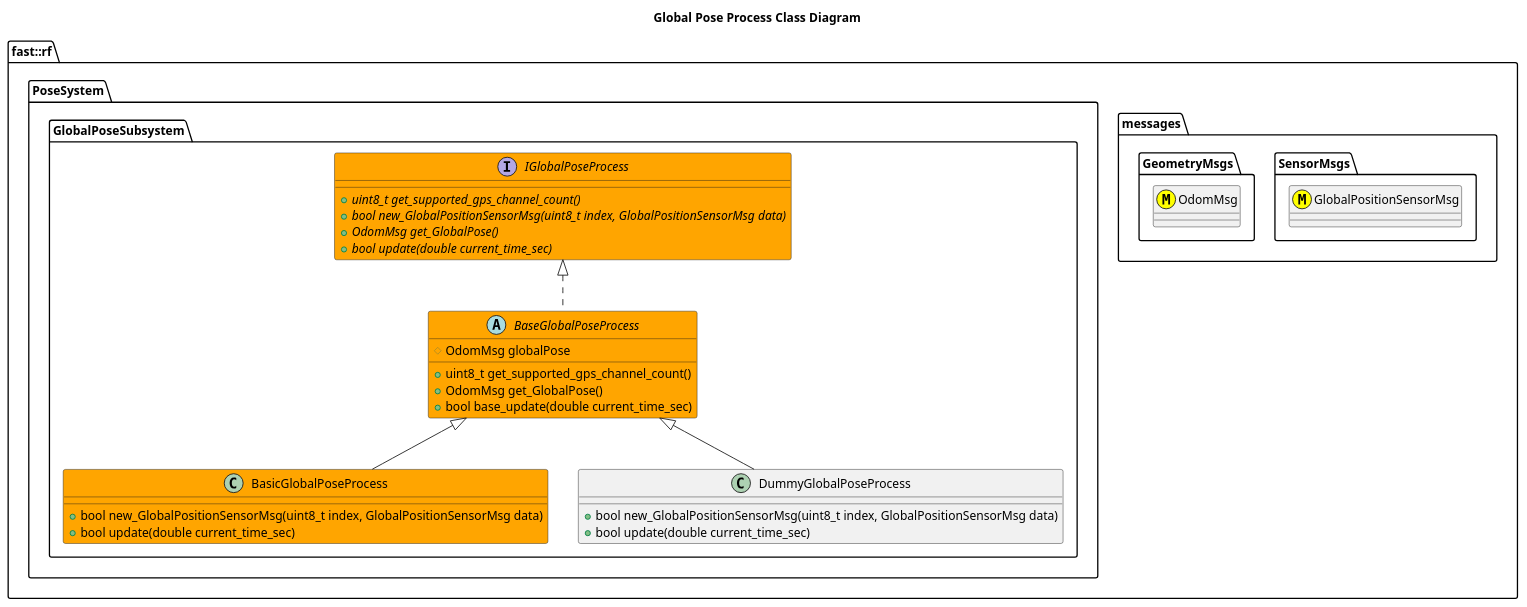
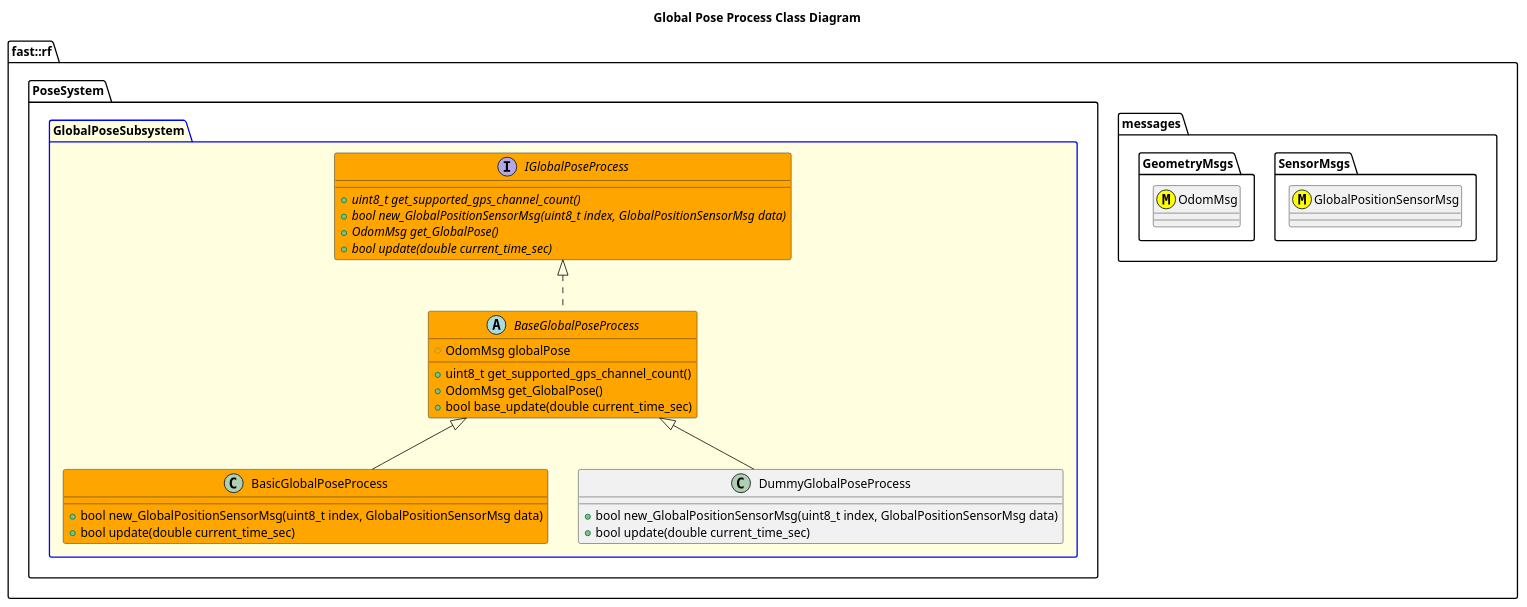
One commit to fastrobotics/robot_framework changed the diagram in Systems/Pose/Subsystems/GlobalPoseSubsystem/Processes/GlobalPoseProcess/doc/puml/GlobalPoseProcessClassDiagram.puml. Above: the diagram before and after it, drawn with PlantUML. The commit also changed 53 other files, not shown here.

```diff
--- a/Systems/Pose/Subsystems/GlobalPoseSubsystem/Processes/GlobalPoseProcess/doc/puml/GlobalPoseProcessClassDiagram.puml
+++ b/Systems/Pose/Subsystems/GlobalPoseSubsystem/Processes/GlobalPoseProcess/doc/puml/GlobalPoseProcessClassDiagram.puml
@@ -1,42 +1,42 @@
 @startuml
 title Global Pose Process Class Diagram
 
 namespace fast::rf {
   namespace messages {
     namespace SensorMsgs {
       class GlobalPositionSensorMsg <<(M,#FFFF00)>>
     }
     namespace GeometryMsgs {
       class OdomMsg <<(M,#FFFF00)>>
     }
   }
   namespace PoseSystem {
-    namespace GlobalPoseSubsystem {
-        interface IGlobalPoseProcess #Orange {
-          +{abstract} uint8_t get_supported_gps_channel_count()
-          +{abstract} bool new_GlobalPositionSensorMsg(uint8_t index, GlobalPositionSensorMsg data)
-          +{abstract} OdomMsg get_GlobalPose()
-          +{abstract} bool update(double current_time_sec)
-        }
-        abstract BaseGlobalPoseProcess #Orange {
-          +uint8_t get_supported_gps_channel_count()
-          +OdomMsg get_GlobalPose()
-          +bool base_update(double current_time_sec)
-          #OdomMsg globalPose
+    package GlobalPoseSubsystem #LightYellow;line:blue {
+      interface IGlobalPoseProcess #Orange {
+        +{abstract} uint8_t get_supported_gps_channel_count()
+        +{abstract} bool new_GlobalPositionSensorMsg(uint8_t index, GlobalPositionSensorMsg data)
+        +{abstract} OdomMsg get_GlobalPose()
+        +{abstract} bool update(double current_time_sec)
+      }
+      abstract BaseGlobalPoseProcess #Orange {
+        +uint8_t get_supported_gps_channel_count()
+        +OdomMsg get_GlobalPose()
+        +bool base_update(double current_time_sec)
+        #OdomMsg globalPose
 
-        }
-        BaseGlobalPoseProcess .up.|> IGlobalPoseProcess
-        class BasicGlobalPoseProcess #Orange {
-          +bool new_GlobalPositionSensorMsg(uint8_t index, GlobalPositionSensorMsg data)
-          +bool update(double current_time_sec)
-        }
-        BasicGlobalPoseProcess -up-|> BaseGlobalPoseProcess
-        class DummyGlobalPoseProcess {
-          +bool new_GlobalPositionSensorMsg(uint8_t index, GlobalPositionSensorMsg data)
-          +bool update(double current_time_sec)
-        }
-        DummyGlobalPoseProcess -up-|> BaseGlobalPoseProcess
+      }
+      BaseGlobalPoseProcess .up.|> IGlobalPoseProcess
+      class BasicGlobalPoseProcess #Orange {
+        +bool new_GlobalPositionSensorMsg(uint8_t index, GlobalPositionSensorMsg data)
+        +bool update(double current_time_sec)
+      }
+      BasicGlobalPoseProcess -up-|> BaseGlobalPoseProcess
+      class DummyGlobalPoseProcess {
+        +bool new_GlobalPositionSensorMsg(uint8_t index, GlobalPositionSensorMsg data)
+        +bool update(double current_time_sec)
+      }
+      DummyGlobalPoseProcess -up-|> BaseGlobalPoseProcess
     }
   }
 }
 @enduml
```
